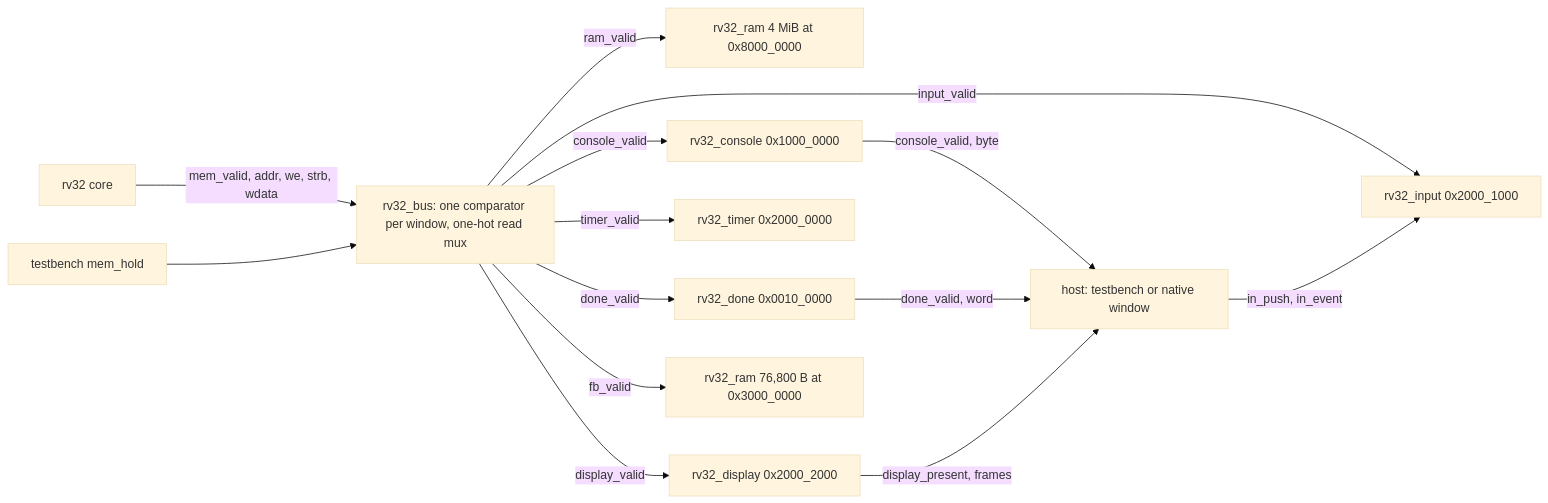
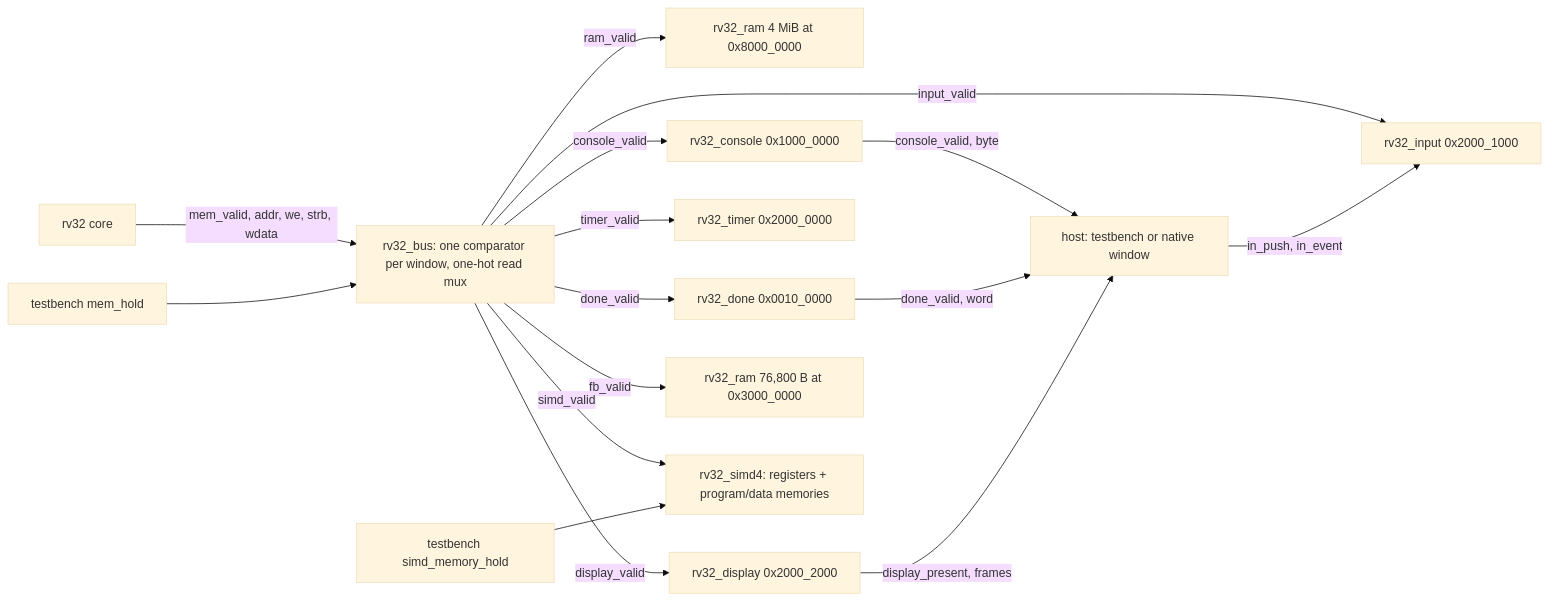
The diagram in docs/rv32-soc.md (ahmad-luqman/tiny-processors), drawn with Mermaid (base theme) before and after one commit. The commit also changed other lines of this file and 32 other files, not shown here.

````diff
--- a/docs/rv32-soc.md
+++ b/docs/rv32-soc.md
@@ -18,16 +18,18 @@
 ```mermaid
 flowchart LR
     CORE["rv32 core"] -->|"mem_valid, addr, we, strb, wdata"| BUS["rv32_bus: one comparator per window, one-hot read mux"]
     HOLD["testbench mem_hold"] --> BUS
     BUS -->|ram_valid| RAM["rv32_ram 4 MiB at 0x8000_0000"]
     BUS -->|console_valid| CON["rv32_console 0x1000_0000"]
     BUS -->|done_valid| DONE["rv32_done 0x0010_0000"]
     BUS -->|timer_valid| TIMER["rv32_timer 0x2000_0000"]
     BUS -->|input_valid| IN["rv32_input 0x2000_1000"]
     BUS -->|display_valid| DISP["rv32_display 0x2000_2000"]
     BUS -->|fb_valid| FB["rv32_ram 76,800 B at 0x3000_0000"]
+    BUS -->|simd_valid| SIMD["rv32_simd4: registers + program/data memories"]
+    SIMD_HOLD["testbench simd_memory_hold"] --> SIMD
     CON -->|"console_valid, byte"| HOST["host: testbench or native window"]
     DONE -->|"done_valid, word"| HOST
     DISP -->|"display_present, frames"| HOST
     HOST -->|"in_push, in_event"| IN
 ```
````
